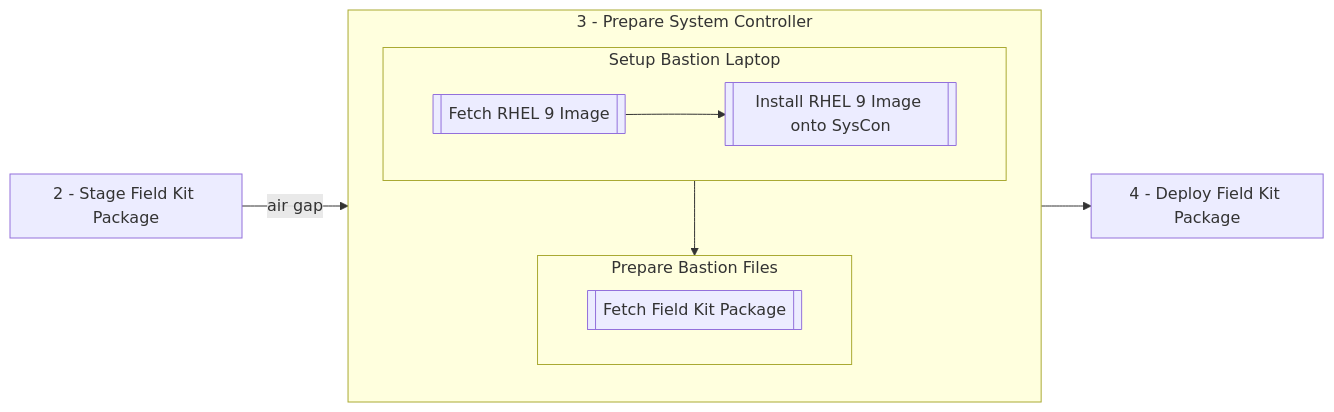
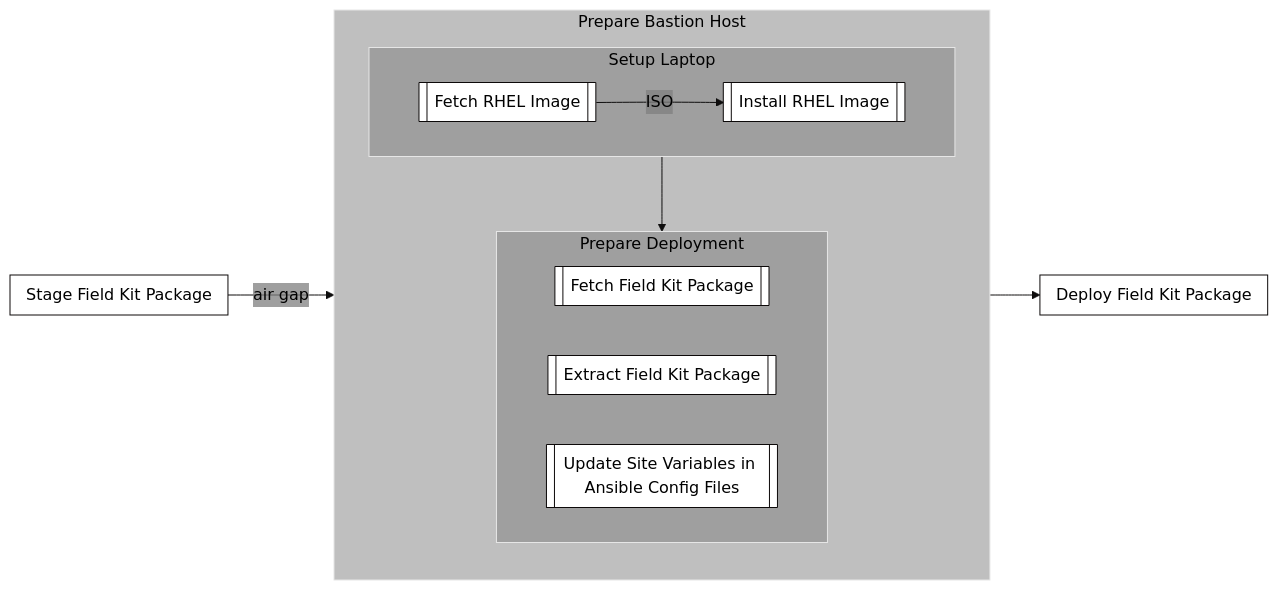
Before and after one commit to ppremru/LaunchFieldKitAdoption: the diagram in workflow/diagram-3.md, drawn with Mermaid. The commit also changed other lines of this file and 17 other files, not shown here.

Commit message:
Sweep of updates to diagrams (#36)

````diff
--- a/workflow/diagram-3.md
+++ b/workflow/diagram-3.md
@@ -3,19 +3,33 @@
 ```mermaid
+---
+config:
+  theme: 'base'
+  themeVariables:
+    primaryColor: '#FFFFFFFF'
+    primaryTextColor: '#000000'
+    primaryBorderColor: '#0c0909ff'
+    clusterBkg: '#80808080'
+    lineColor: '#0e0d0dff'
+    secondaryColor: '#80808080'
+---
 flowchart LR
-    subgraph 2[2 - Stage Field Kit Package]
+    subgraph 2[Stage Field Kit Package]
     end
-    subgraph 3[3 - Prepare System Controller]
-        subgraph Bastion[Setup Bastion Laptop]
-          Bastion1[[Fetch RHEL 9 Image]]
-          Bastion2[[Install RHEL 9 Image onto SysCon]]
+    subgraph 3[Prepare Bastion Host]
+        subgraph Bastion[Setup Laptop]
+          Bastion1[[Fetch RHEL Image]]
+          Bastion2[[Install RHEL Image]]
         end
-        subgraph Files[Prepare Bastion Files]
+        subgraph Files[Prepare Deployment]
           Files1[[Fetch Field Kit Package]]
+          Files2[[Extract Field Kit Package]]
+          Modify[[Update Site Variables in Ansible Config Files]]
         end
+        Bastion1 -- ISO -->Bastion2
     end
-    subgraph 4[4 - Deploy Field Kit Package]
+    subgraph 4[Deploy Field Kit Package]
     end
     Bastion --> Files
-    Bastion1 -->Bastion2
+
     2 -- air gap --> 3 --> 4
 ```
````
